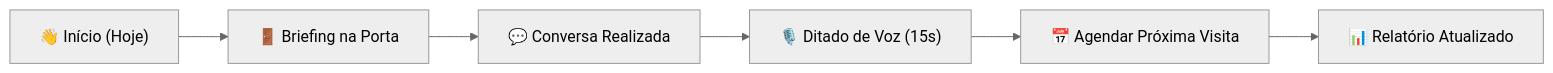
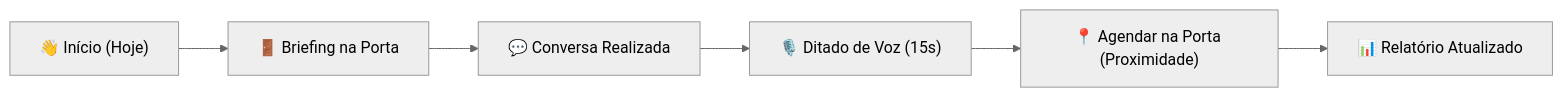
One commit to eduardoveiga-py/field-assistant changed the second of 2 diagrams in README.md. Above: the diagram before and after it, drawn with Mermaid (neutral theme). The commit also changed other lines of this file and 31 other files, not shown here.

````diff
--- a/README.md
+++ b/README.md
@@ -103,8 +230,8 @@
 ```mermaid
 flowchart LR
     A["👋 Início (Hoje)"] --> B["🚪 Briefing na Porta"]
     B --> C["💬 Conversa Realizada"]
     C --> D["🎙️ Ditado de Voz (15s)"]
-    D --> E["📅 Agendar Próxima Visita"]
+    D --> E["📍 Agendar na Porta (Proximidade)"]
     E --> F["📊 Relatório Atualizado"]
 ```
````
